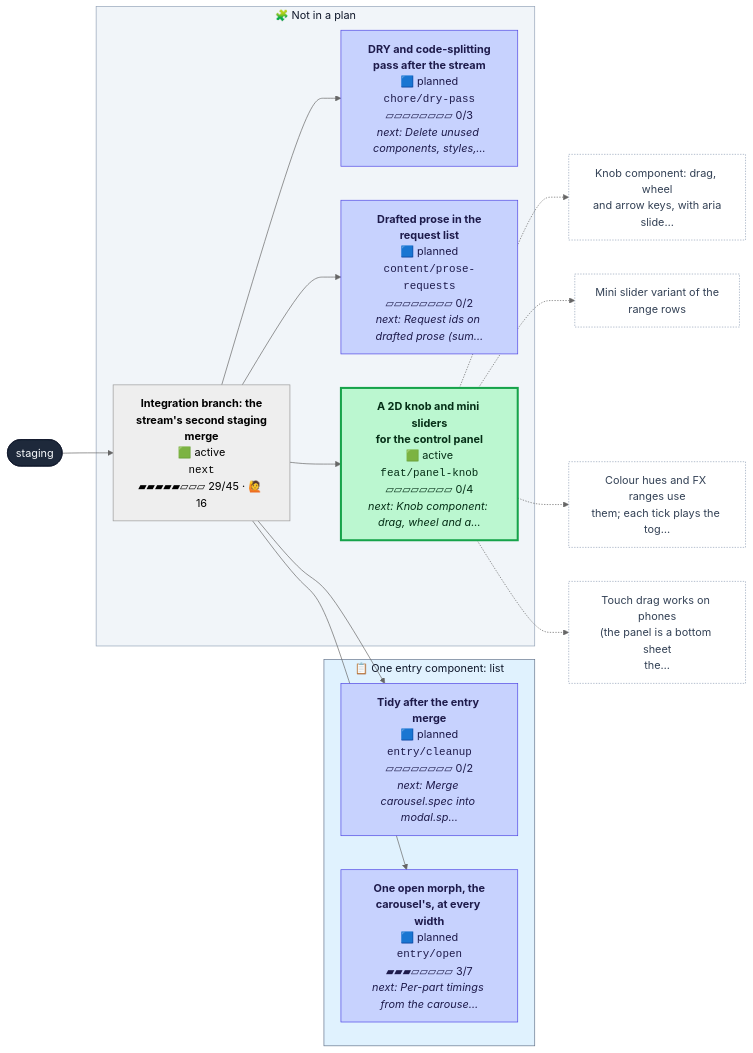
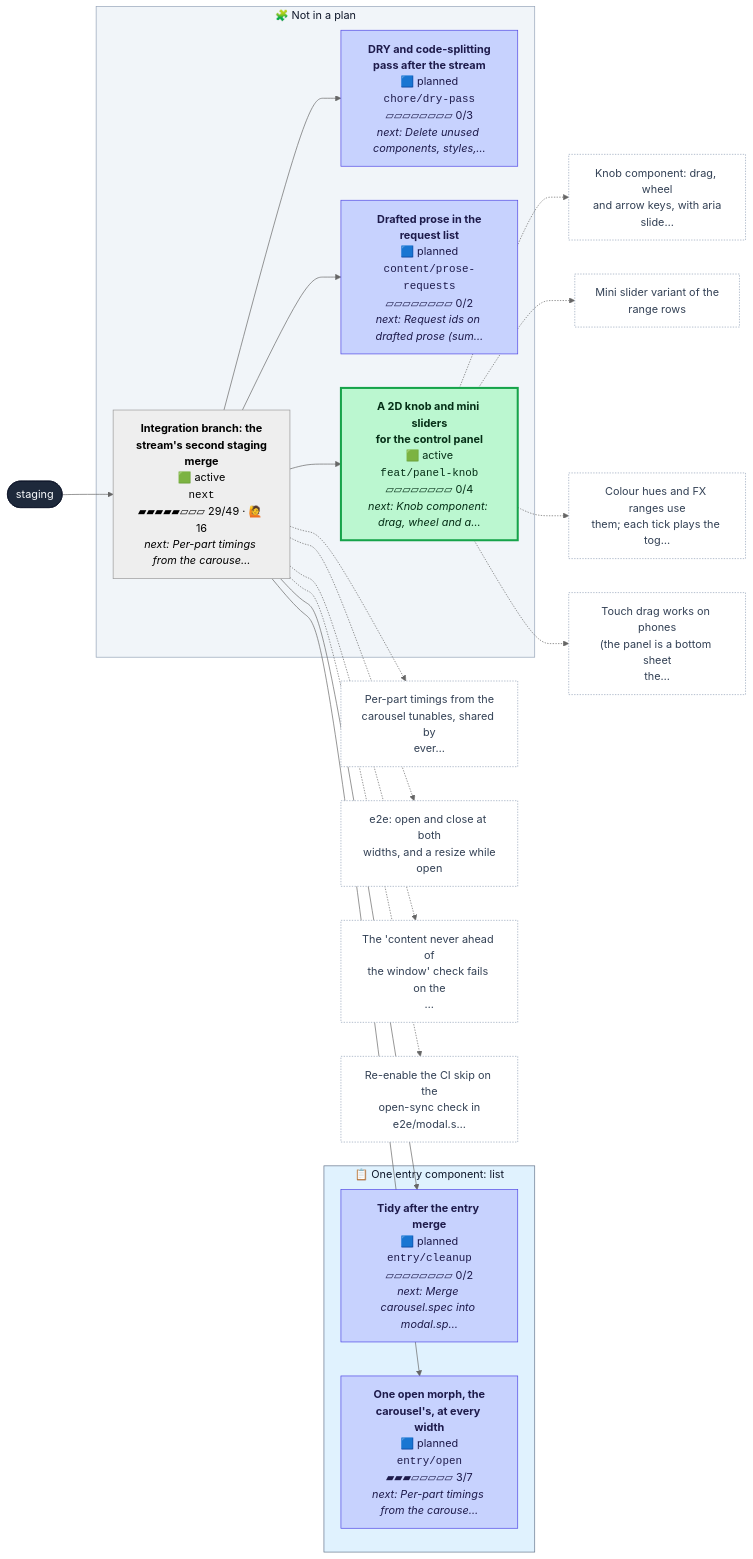
One commit to henryjonescodes/portfolio changed the first of 2 diagrams in CONTRIBUTING.md. Above: the diagram before and after it, drawn with Mermaid (neutral theme). The commit also changed other lines of this file and 1 other file, not shown here.

````diff
--- a/CONTRIBUTING.md
+++ b/CONTRIBUTING.md
@@ -16,50 +16,62 @@
 ```mermaid
 flowchart LR
   n_staging([staging])
   class n_staging trunk
   subgraph plan_0["📋 One entry component: list"]
     n_entry_cleanup["<b>Tidy after the entry merge</b><br/>🟦 planned<br/><code>entry/cleanup</code><br/>▱▱▱▱▱▱▱▱ 0/2<br/><i>next: Merge carousel.spec into modal.sp…</i>"]
     class n_entry_cleanup planned
     n_entry_open["<b>One open morph, the<br/>carousel's, at every width</b><br/>🟦 planned<br/><code>entry/open</code><br/>▰▰▰▱▱▱▱▱ 3/7<br/><i>next: Per-part timings from the carouse…</i>"]
     class n_entry_open planned
   end
   style plan_0 fill:#e0f2fe,stroke:#64748b,color:#0f172a
   subgraph loose["🧩 Not in a plan"]
     n_chore_dry_pass["<b>DRY and code-splitting<br/>pass after the stream</b><br/>🟦 planned<br/><code>chore/dry-pass</code><br/>▱▱▱▱▱▱▱▱ 0/3<br/><i>next: Delete unused components, styles,…</i>"]
     class n_chore_dry_pass planned
     n_content_prose_requests["<b>Drafted prose in the<br/>request list</b><br/>🟦 planned<br/><code>content/prose-requests</code><br/>▱▱▱▱▱▱▱▱ 0/2<br/><i>next: Request ids on drafted prose (sum…</i>"]
     class n_content_prose_requests planned
     n_feat_panel_knob["<b>A 2D knob and mini sliders<br/>for the control panel</b><br/>🟩 active<br/><code>feat/panel-knob</code><br/>▱▱▱▱▱▱▱▱ 0/4<br/><i>next: Knob component: drag, wheel and a…</i>"]
     class n_feat_panel_knob active
-    n_next["<b>Integration branch: the<br/>stream's second staging<br/>merge</b><br/>🟩 active<br/><code>next</code><br/>▰▰▰▰▰▱▱▱ 29/45 · 🙋 16"]
+    n_next["<b>Integration branch: the<br/>stream's second staging<br/>merge</b><br/>🟩 active<br/><code>next</code><br/>▰▰▰▰▰▱▱▱ 29/49 · 🙋 16<br/><i>next: Per-part timings from the carouse…</i>"]
     class n_next active,current
   end
   style loose fill:#f1f5f9,stroke:#94a3b8,color:#0f172a
   n_next --> n_chore_dry_pass
   n_next --> n_content_prose_requests
   n_next --> n_entry_cleanup
   n_next --> n_entry_open
   n_next --> n_feat_panel_knob
   n_staging --> n_next
   n_feat_panel_knob_t0["Knob component: drag, wheel<br/>and arrow keys, with aria<br/>slide…"]
   class n_feat_panel_knob_t0 todo
   n_feat_panel_knob -.-> n_feat_panel_knob_t0
   n_feat_panel_knob_t1["Mini slider variant of the<br/>range rows"]
   class n_feat_panel_knob_t1 todo
   n_feat_panel_knob -.-> n_feat_panel_knob_t1
   n_feat_panel_knob_t2["Colour hues and FX ranges use<br/>them; each tick plays the tog…"]
   class n_feat_panel_knob_t2 todo
   n_feat_panel_knob -.-> n_feat_panel_knob_t2
   n_feat_panel_knob_t3["Touch drag works on phones<br/>(the panel is a bottom sheet<br/>the…"]
   class n_feat_panel_knob_t3 todo
   n_feat_panel_knob -.-> n_feat_panel_knob_t3
+  n_next_t0["Per-part timings from the<br/>carousel tunables, shared by<br/>ever…"]
+  class n_next_t0 todo
+  n_next -.-> n_next_t0
+  n_next_t1["e2e: open and close at both<br/>widths, and a resize while<br/>open"]
+  class n_next_t1 todo
+  n_next -.-> n_next_t1
+  n_next_t2["The 'content never ahead of<br/>the window' check fails on the<br/>…"]
+  class n_next_t2 todo
+  n_next -.-> n_next_t2
+  n_next_t3["Re-enable the CI skip on the<br/>open-sync check in<br/>e2e/modal.s…"]
+  class n_next_t3 todo
+  n_next -.-> n_next_t3
   classDef merged fill:#dcfce7,stroke:#16a34a,color:#052e16
   classDef todo fill:#ffffff,stroke:#94a3b8,stroke-dasharray:2 2,color:#334155
   classDef planned fill:#c7d2fe,stroke:#4f46e5,color:#1e1b4b
   classDef sketched fill:#f8fafc,stroke:#64748b,stroke-dasharray:4 3,color:#334155
   classDef active fill:#bbf7d0,stroke:#16a34a,stroke-width:3px,color:#052e16
   classDef review fill:#fde68a,stroke:#d97706,stroke-width:3px,color:#451a03
   classDef blocked fill:#fecaca,stroke:#dc2626,stroke-width:3px,color:#450a0a
   classDef trunk fill:#1e293b,stroke:#0f172a,color:#f8fafc
   classDef current stroke:#0ea5e9,stroke-width:5px
 ```
````
